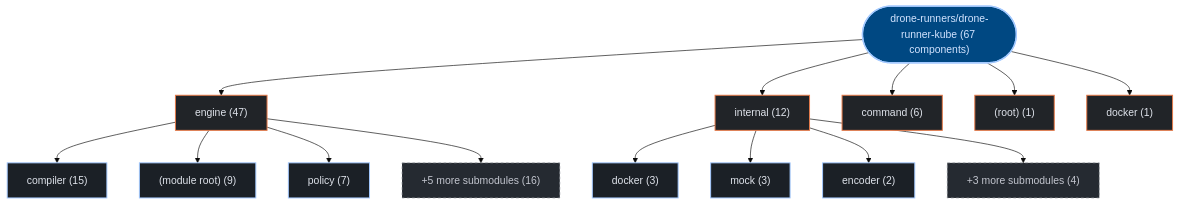
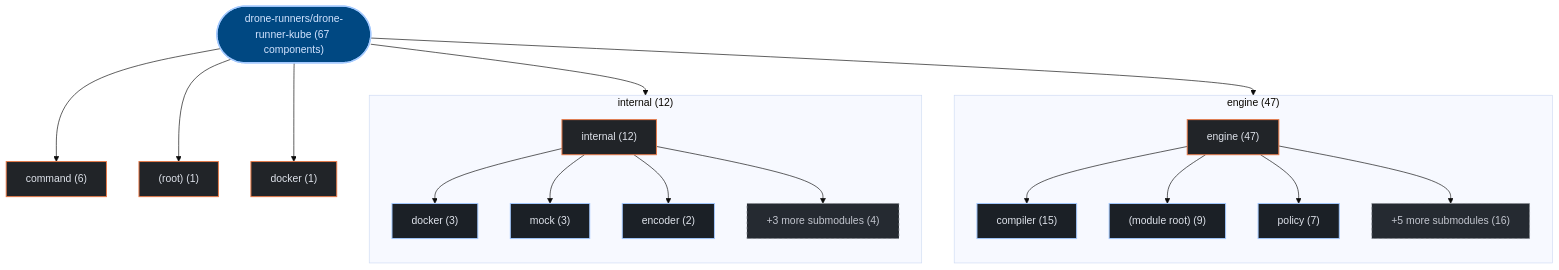
One commit to kumarshaz/atruss-code-atlas changed the first of 3 diagrams in exports/latest/reports/drone-runners-drone-runner-kube-report.md. Above: the diagram before and after it, drawn with Mermaid (base theme). The commit also changed 178 other files, not shown here.

Commit message:
feat(ui,mermaid): upgrade to mermaid v12 + ELK layout, add orgs-summary + pagination, subgraph building blocks, fix tab alignment

````diff
--- a/exports/latest/reports/drone-runners-drone-runner-kube-report.md
+++ b/exports/latest/reports/drone-runners-drone-runner-kube-report.md
@@ -42,37 +42,43 @@
 ```mermaid
 graph TD;
   classDef atlasRoot fill:#004882,stroke:#a3c9ff,stroke-width:2px,color:#d3e4ff
   classDef atlasCategory fill:#212428,stroke:#E87A48,stroke-width:1.5px,color:#dfe3eb
   classDef atlasWorkflow fill:#1b2026,stroke:#a3c9ff,stroke-width:1.5px,color:#dfe3eb
   classDef atlasJob fill:#171c22,stroke:#8d9199,stroke-width:1px,color:#dfe3eb
   classDef atlasTarget fill:#005227,stroke:#8bd99b,stroke-width:1.5px,color:#a7f6b6
   classDef atlasAlert fill:#93000a,stroke:#ffb4ab,stroke-width:1.5px,color:#ffdad6
   classDef atlasMore fill:#252a31,stroke:#8d9199,stroke-dasharray:4 4,color:#c3c6cf
     repo_root(["drone-runners/drone-runner-kube (67 components)"]):::atlasRoot
-    dir_0_engine["engine (47)"]:::atlasCategory
+    subgraph sg_dir_0_engine["engine (47)"]
+      direction TB
+      dir_0_engine["engine (47)"]:::atlasCategory
+      sub_0_0_compiler["compiler (15)"]:::atlasWorkflow
+      dir_0_engine --> sub_0_0_compiler
+      sub_0_1__module_root_["(module root) (9)"]:::atlasWorkflow
+      dir_0_engine --> sub_0_1__module_root_
+      sub_0_2_policy["policy (7)"]:::atlasWorkflow
+      dir_0_engine --> sub_0_2_policy
+      sub_0_more["+5 more submodules (16)"]:::atlasMore
+      dir_0_engine --> sub_0_more
+    end
     repo_root --> dir_0_engine
-    sub_0_0_compiler["compiler (15)"]:::atlasWorkflow
-    dir_0_engine --> sub_0_0_compiler
-    sub_0_1__module_root_["(module root) (9)"]:::atlasWorkflow
-    dir_0_engine --> sub_0_1__module_root_
-    sub_0_2_policy["policy (7)"]:::atlasWorkflow
-    dir_0_engine --> sub_0_2_policy
-    sub_0_more["+5 more submodules (16)"]:::atlasMore
-    dir_0_engine --> sub_0_more
-    dir_1_internal["internal (12)"]:::atlasCategory
+    subgraph sg_dir_1_internal["internal (12)"]
+      direction TB
+      dir_1_internal["internal (12)"]:::atlasCategory
+      sub_1_0_docker["docker (3)"]:::atlasWorkflow
+      dir_1_internal --> sub_1_0_docker
+      sub_1_1_mock["mock (3)"]:::atlasWorkflow
+      dir_1_internal --> sub_1_1_mock
+      sub_1_2_encoder["encoder (2)"]:::atlasWorkflow
+      dir_1_internal --> sub_1_2_encoder
+      sub_1_more["+3 more submodules (4)"]:::atlasMore
+      dir_1_internal --> sub_1_more
+    end
     repo_root --> dir_1_internal
-    sub_1_0_docker["docker (3)"]:::atlasWorkflow
-    dir_1_internal --> sub_1_0_docker
-    sub_1_1_mock["mock (3)"]:::atlasWorkflow
-    dir_1_internal --> sub_1_1_mock
-    sub_1_2_encoder["encoder (2)"]:::atlasWorkflow
-    dir_1_internal --> sub_1_2_encoder
-    sub_1_more["+3 more submodules (4)"]:::atlasMore
-    dir_1_internal --> sub_1_more
     dir_2_command["command (6)"]:::atlasCategory
     repo_root --> dir_2_command
     dir_3__root_["(root) (1)"]:::atlasCategory
     repo_root --> dir_3__root_
     dir_4_docker["docker (1)"]:::atlasCategory
     repo_root --> dir_4_docker
 ```
````
